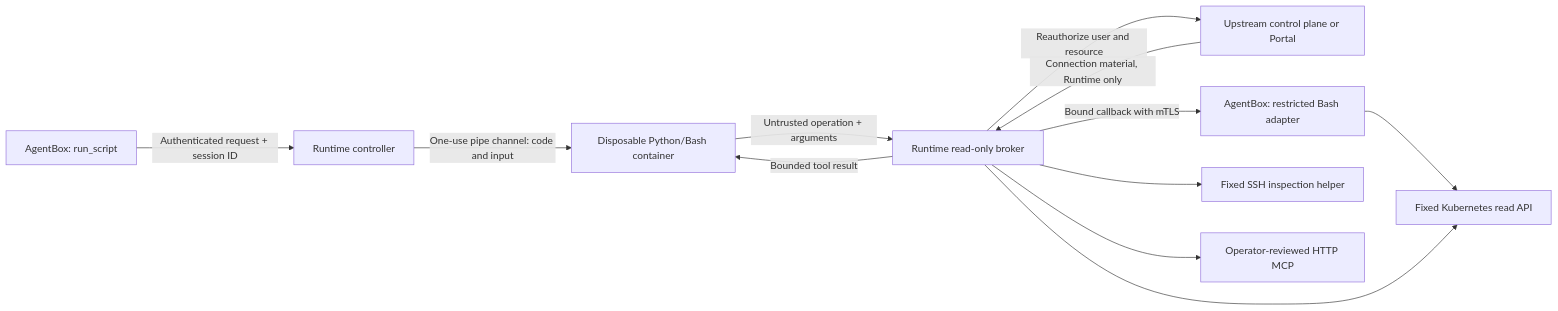
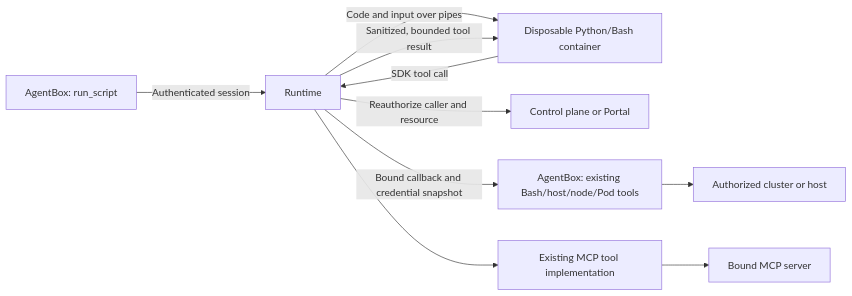
One commit to TheTechOddBug/siclaw changed the first of 2 diagrams in docs/design/script-sandbox.md. Above: the diagram before and after it, drawn with Mermaid. The commit also changed other lines of this file and 36 other files, not shown here.

First line of the commit message:
refactor(sandbox): route SDK calls through existing tool policies

````diff
--- a/docs/design/script-sandbox.md
+++ b/docs/design/script-sandbox.md
@@ -11,14 +11,12 @@
 ```mermaid
 flowchart LR
-  A[AgentBox: run_script] -->|Authenticated request + session ID| R[Runtime controller]
-  R -->|One-use pipe channel: code and input| S[Disposable Python/Bash container]
-  S -->|Untrusted operation + arguments| B[Runtime read-only broker]
-  B -->|Reauthorize user and resource| P[Upstream control plane or Portal]
-  P -->|Connection material, Runtime only| B
-  B -->|Bound callback with mTLS| T[AgentBox: restricted Bash adapter]
-  T --> K[Bound Kubernetes cluster]
-  B --> K[Fixed Kubernetes read API]
-  B --> H[Fixed SSH inspection helper]
-  B --> M[Operator-reviewed HTTP MCP]
-  B -->|Bounded tool result| S
+  A[AgentBox: run_script] -->|Authenticated session| R[Runtime]
+  R -->|Code and input over pipes| S[Disposable Python/Bash container]
+  S -->|SDK tool call| R
+  R -->|Reauthorize caller and resource| P[Control plane or Portal]
+  R -->|Bound callback and credential snapshot| T[AgentBox: existing Bash/host/node/Pod tools]
+  R --> M[Existing MCP tool implementation]
+  T --> K[Authorized cluster or host]
+  M --> H[Bound MCP server]
+  R -->|Sanitized, bounded tool result| S
 ```
````
